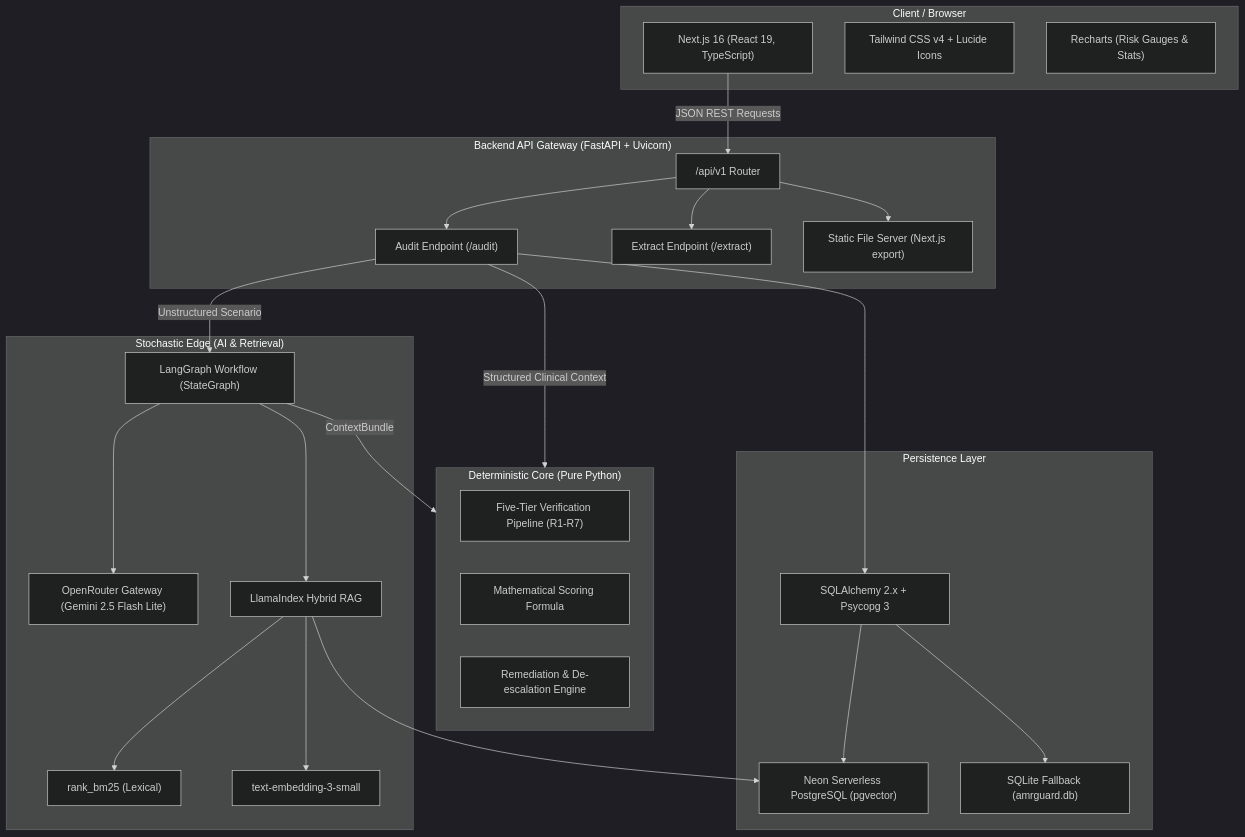
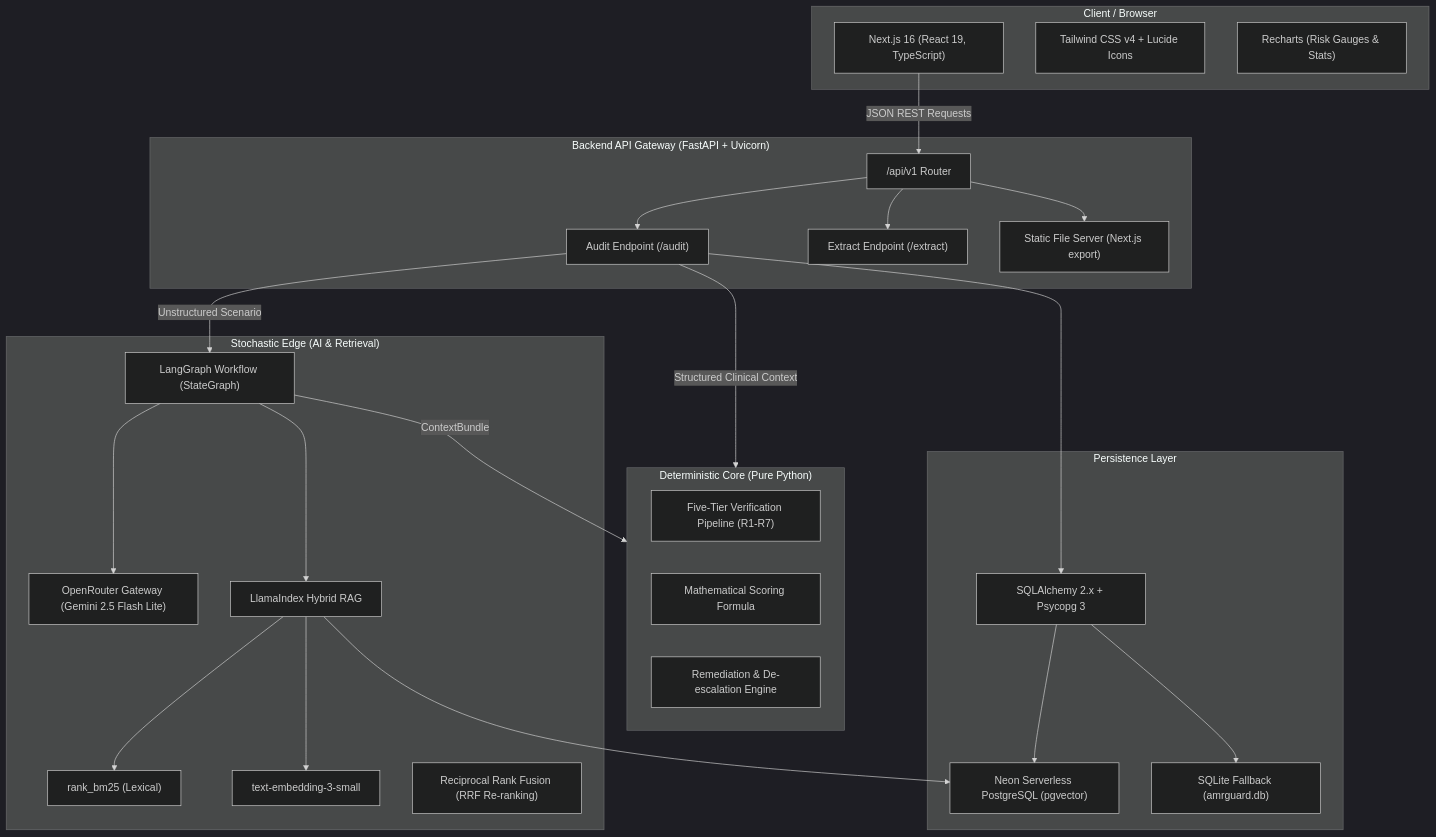
One commit to parivartanx/backthon6.0 changed the diagram in amr-guard/docs/tech-stack.md. Above: the diagram before and after it, drawn with Mermaid (dark theme). The commit also changed other lines of this file and 3 other files, not shown here.

Commit message:
feat: add RRF reranker, retrieval tools, and tech stack architecture documentation

````diff
--- a/amr-guard/docs/tech-stack.md
+++ b/amr-guard/docs/tech-stack.md
@@ -40,54 +40,55 @@
 ```mermaid
 graph TD
     subgraph Client ["Client / Browser"]
         UI["Next.js 16 (React 19, TypeScript)"]
         Tailwind["Tailwind CSS v4 + Lucide Icons"]
         Charts["Recharts (Risk Gauges & Stats)"]
     end
 
     subgraph API ["Backend API Gateway (FastAPI + Uvicorn)"]
         Router["/api/v1 Router"]
         AuditAPI["Audit Endpoint (/audit)"]
         ExtractAPI["Extract Endpoint (/extract)"]
         StaticServe["Static File Server (Next.js export)"]
     end
 
     subgraph StochasticEdge ["Stochastic Edge (AI & Retrieval)"]
         LG["LangGraph Workflow (StateGraph)"]
         LLM["OpenRouter Gateway (Gemini 2.5 Flash Lite)"]
         RAG["LlamaIndex Hybrid RAG"]
         BM25["rank_bm25 (Lexical)"]
         Embed["text-embedding-3-small"]
+        RRF["Reciprocal Rank Fusion (RRF Re-ranking)"]
     end
 
     subgraph DeterministicCore ["Deterministic Core (Pure Python)"]
         Rules["Five-Tier Verification Pipeline (R1-R7)"]
         Scoring["Mathematical Scoring Formula"]
         Remediation["Remediation & De-escalation Engine"]
     end
 
     subgraph Persistence ["Persistence Layer"]
         Neon["Neon Serverless PostgreSQL (pgvector)"]
         SQLite["SQLite Fallback (amrguard.db)"]
         SQLA["SQLAlchemy 2.x + Psycopg 3"]
     end
 
     UI -->|JSON REST Requests| Router
     Router --> AuditAPI
     Router --> ExtractAPI
     Router --> StaticServe
 
     AuditAPI -->|Unstructured Scenario| LG
     LG --> LLM
     LG --> RAG
     RAG --> Embed
     RAG --> BM25
     RAG --> Neon
 
     AuditAPI -->|Structured Clinical Context| DeterministicCore
     LG -->|ContextBundle| DeterministicCore
 
     AuditAPI --> SQLA
     SQLA --> Neon
     SQLA --> SQLite
 ```
````
